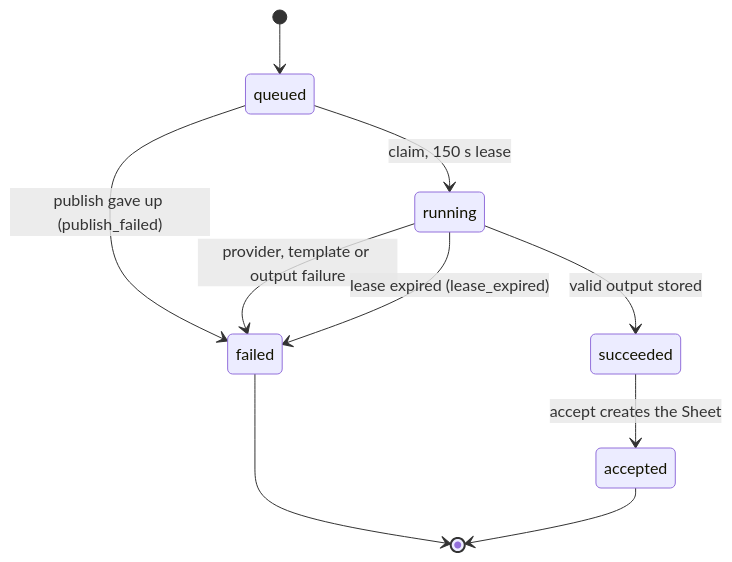
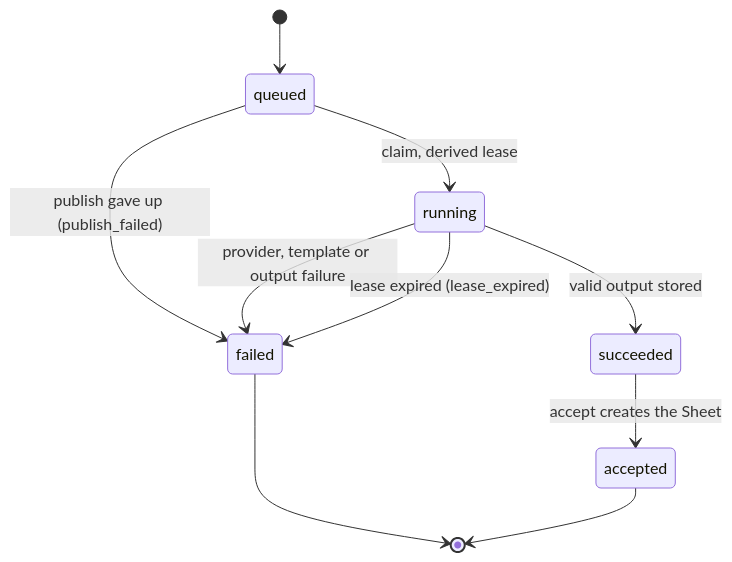
One commit to paulo-valleriote/legnaris changed the second of 2 diagrams in context/generation.md. Above: the diagram before and after it, drawn with Mermaid. The commit also changed other lines of this file and 24 other files, not shown here.

````diff
--- a/context/generation.md
+++ b/context/generation.md
@@ -66,12 +66,12 @@
 ```mermaid
 stateDiagram-v2
     [*] --> queued
-    queued --> running: claim, 150 s lease
+    queued --> running: claim, derived lease
     queued --> failed: publish gave up (publish_failed)
     running --> succeeded: valid output stored
     running --> failed: provider, template or output failure
     running --> failed: lease expired (lease_expired)
     succeeded --> accepted: accept creates the Sheet
     failed --> [*]
     accepted --> [*]
 ```
````
